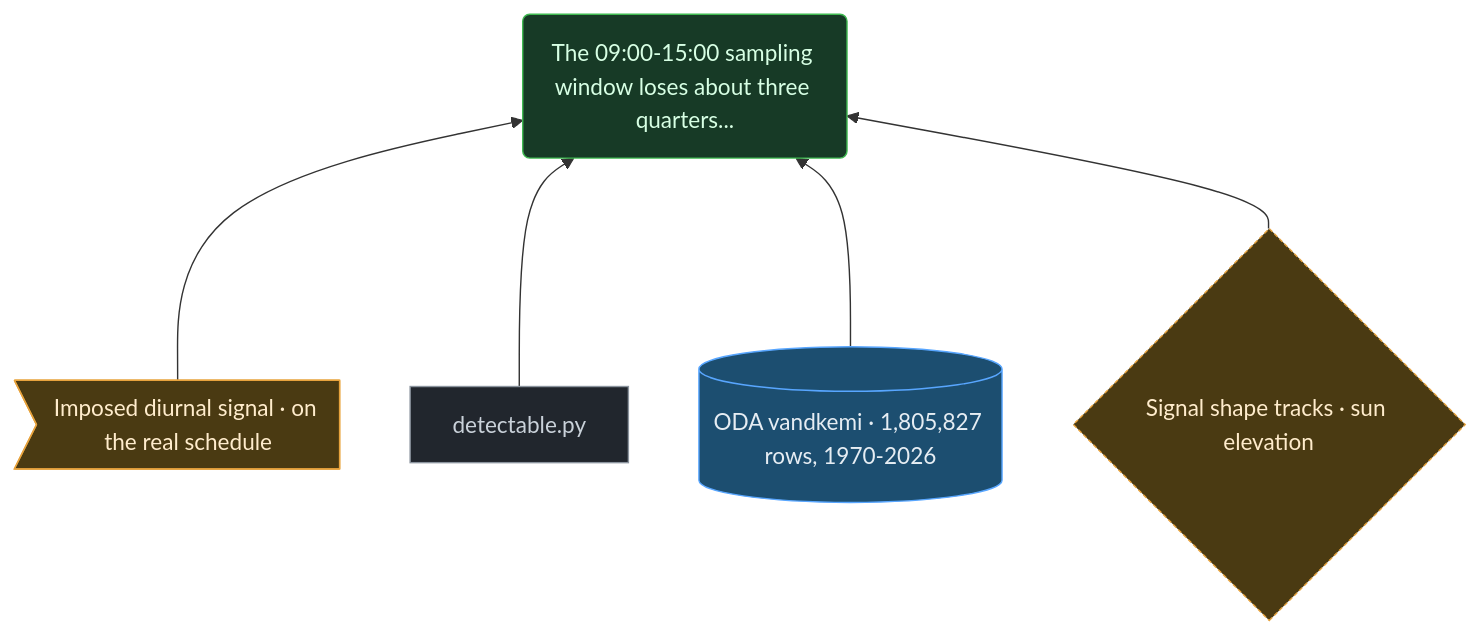
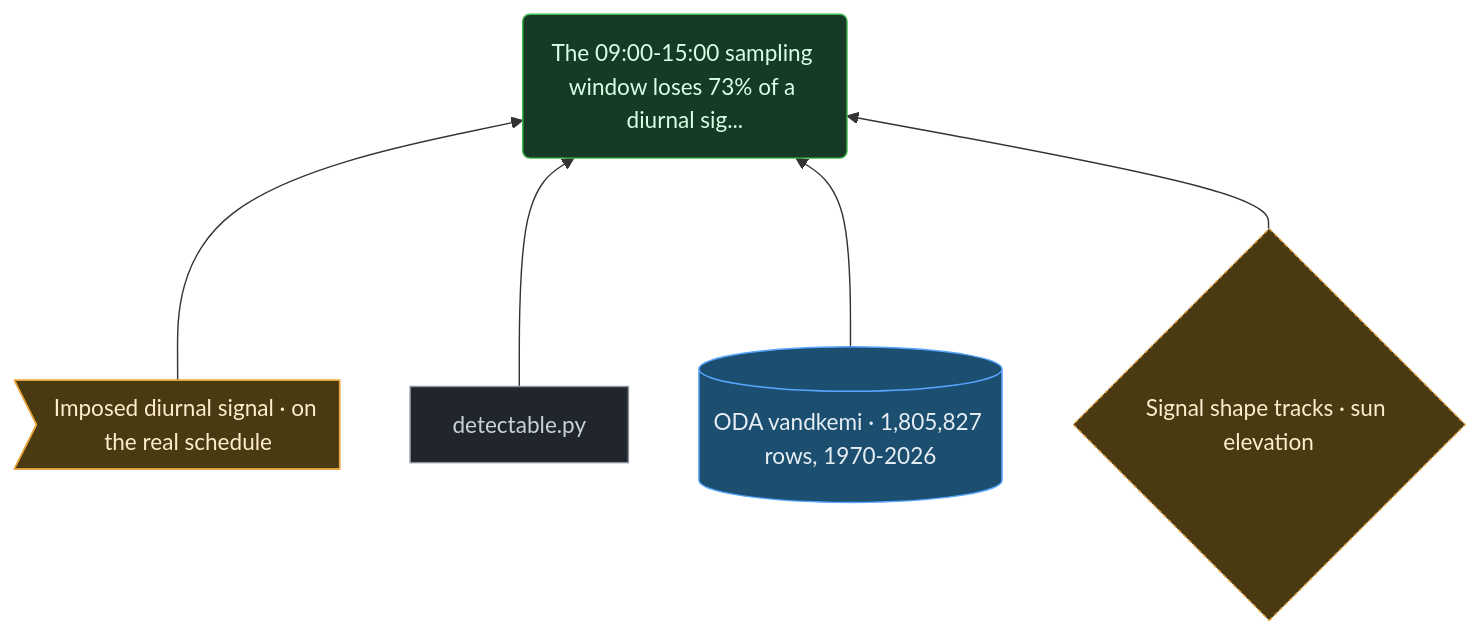
Before and after one commit to Jjokulian/copenhagen-waterways: the sixth of 14 diagrams in docs/CLAIMS.md, drawn with Mermaid. The commit also changed other lines of this file and 13 other files, not shown here.

````diff
--- a/docs/CLAIMS.md
+++ b/docs/CLAIMS.md
@@ -168,17 +177,17 @@
 ```mermaid
 graph BT
-  C-WORKDAY("The 09:00-15:00 sampling window loses about three quarters...")
+  C-WORKDAY("The 09:00-15:00 sampling window loses 73% of a diurnal sig...")
   S-DETECT>"Imposed diurnal signal · on the real schedule"]
   X-DETECT["detectable.py"]
   D-KEMI[("ODA vandkemi · 1,805,827 rows, 1970-2026")]
   A-SHAPE{"Signal shape tracks · sun elevation"}
   S-DETECT --> C-WORKDAY
   X-DETECT --> C-WORKDAY
   D-KEMI --> C-WORKDAY
   A-SHAPE --> C-WORKDAY
   style C-WORKDAY fill:#173a26,stroke:#3fb950,color:#d7ffe4
   style S-DETECT fill:#4a3a12,stroke:#e8a33d,color:#ffeccc
   style X-DETECT fill:#21262d,stroke:#8b949e,color:#c9d1d9
   style D-KEMI fill:#1c4e70,stroke:#58a6ff,color:#e6edf3
   style A-SHAPE fill:#4a3a12,stroke:#e8a33d,color:#ffeccc,stroke-dasharray:3 2
 ```
````
